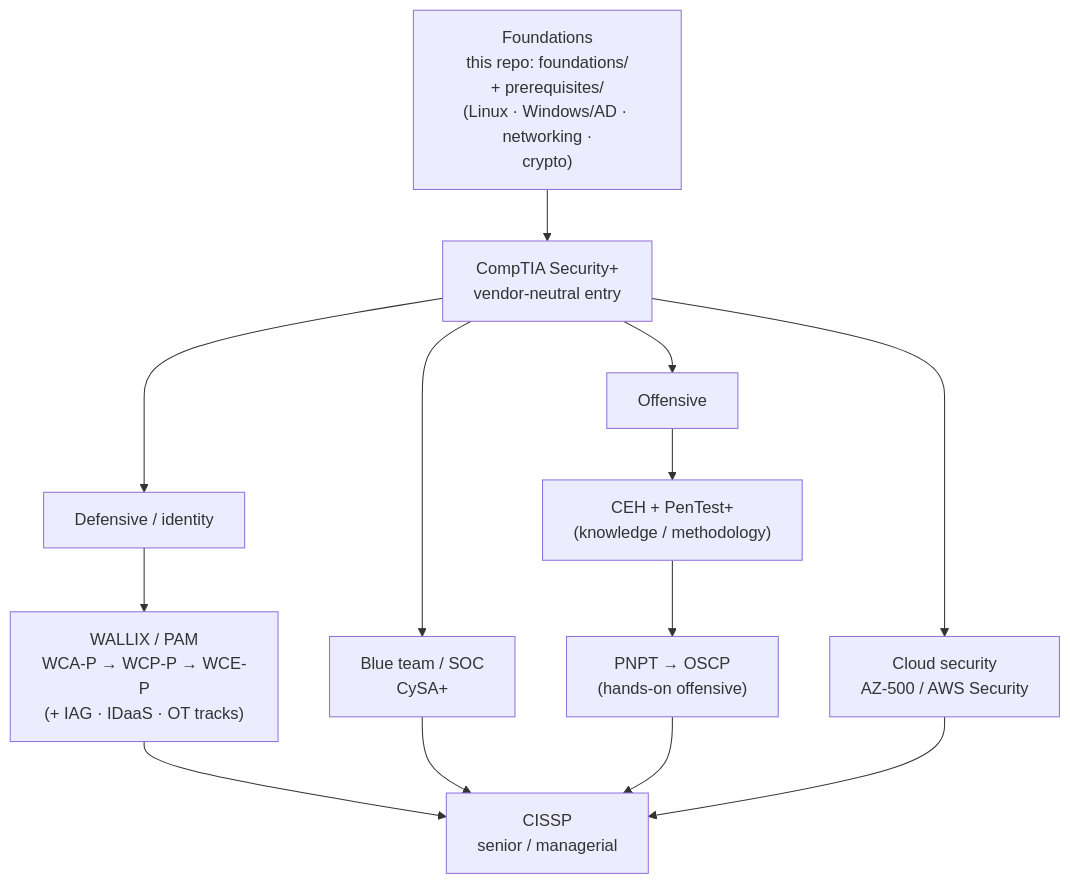
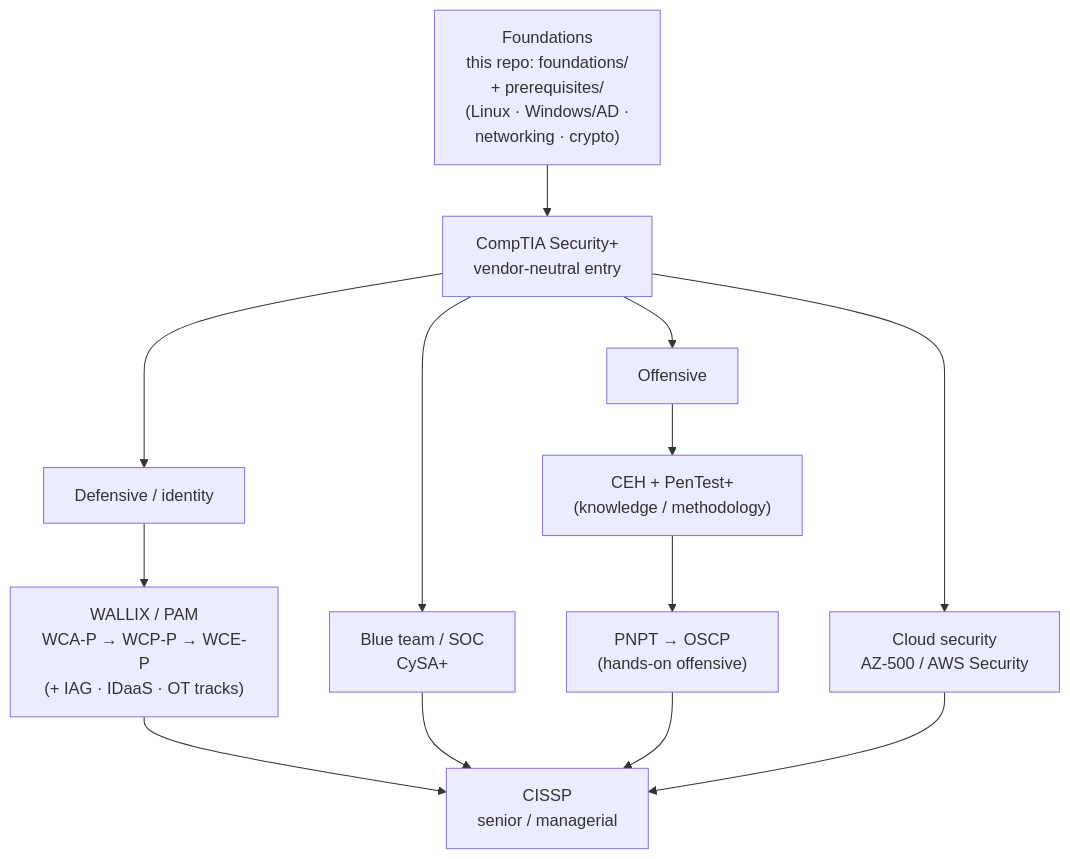
The diagram in learning/roadmap.md (morandeirachema/WallixCerts), drawn with Mermaid before and after one commit. The commit also changed 8 other files, not shown here.

First line of the commit message:
Quality pass (no new topics): fix Mermaid orphans + harden the anchor checker

````diff
--- a/learning/roadmap.md
+++ b/learning/roadmap.md
@@ -19,15 +19,15 @@
 ```mermaid
 flowchart TD
-    F["Foundations<br/>this repo: foundations/<br/>+ prerequisites/<br/>(Linux · Windows/AD · networking ·<br/>crypto)"] --> SP["CompTIA Security+<br/>vendor-neutral entry"]
+    F["Foundations<br/>this repo: foundations/<br/>+ prerequisites/<br/>(Linux · Windows/AD ·<br/>networking · crypto)"] --> SP["CompTIA Security+<br/>vendor-neutral entry"]
     SP --> DEF["Defensive / identity"]
     SP --> SOC["Blue team / SOC<br/>CySA+"]
     SP --> OFF["Offensive"]
     SP --> CLOUD["Cloud security<br/>AZ-500 / AWS Security"]
     DEF --> WALLIX["WALLIX / PAM<br/>WCA-P → WCP-P → WCE-P<br/>(+ IAG · IDaaS · OT tracks)"]
     OFF --> CEH["CEH + PenTest+<br/>(knowledge / methodology)"]
     CEH --> HANDSON["PNPT → OSCP<br/>(hands-on offensive)"]
     WALLIX --> SENIOR["CISSP<br/>senior / managerial"]
     SOC --> SENIOR
     HANDSON --> SENIOR
     CLOUD --> SENIOR
 ```
````
